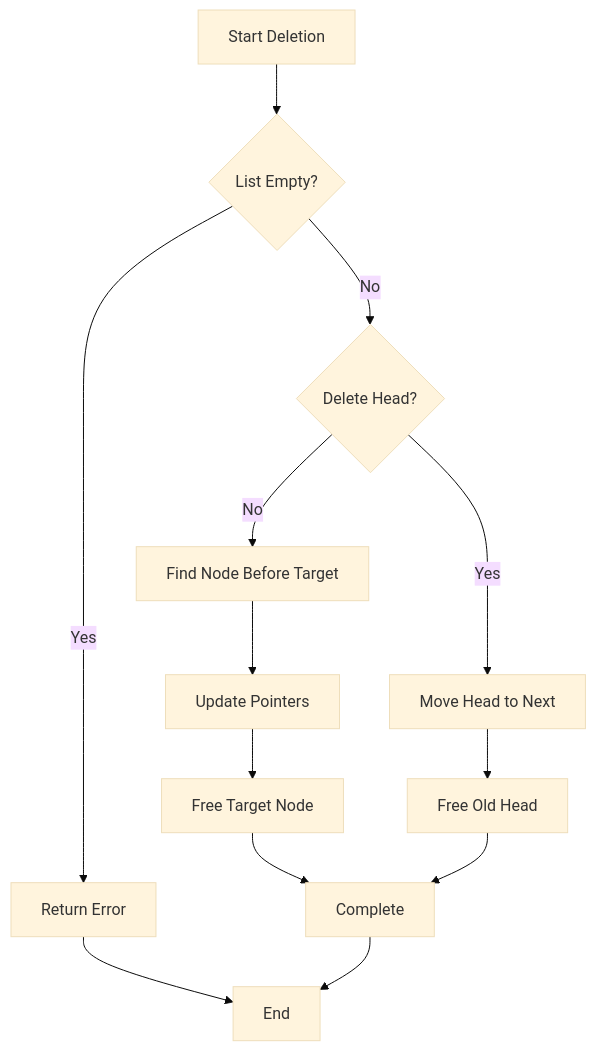
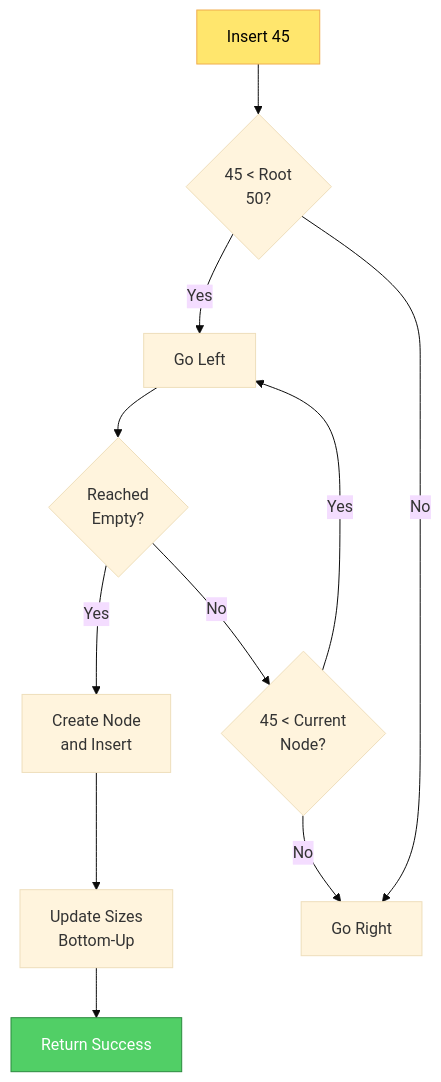
The seventh of 12 diagrams in Linked List /FINAL_PAPER/README.md (MuhammadZafran33/Data-Structures-lab-Solutions), drawn with Mermaid (base theme) before and after one commit. The commit also changed other lines of this file, not shown here.

````diff
--- a/Linked List /FINAL_PAPER/README.md
+++ b/Linked List /FINAL_PAPER/README.md
@@ -123,15 +201,16 @@
 ```mermaid
 graph TD
-    A[Start Deletion] --> B{List Empty?}
-    B -->|Yes| C[Return Error]
-    B -->|No| D{Delete Head?}
-    D -->|Yes| E[Move Head to Next]
-    E --> F[Free Old Head]
-    D -->|No| G[Find Node Before Target]
-    G --> H[Update Pointers]
-    H --> I[Free Target Node]
-    I --> J[Complete]
-    F --> J
-    C --> K[End]
-    J --> K
+    A["Insert 45"] --> B{"45 < Root<br/>50?"}
+    B -->|Yes| C["Go Left"]
+    B -->|No| D["Go Right"]
+    C --> E{"Reached<br/>Empty?"}
+    E -->|Yes| F["Create Node<br/>and Insert"]
+    E -->|No| G{"45 < Current<br/>Node?"}
+    G -->|Yes| C
+    G -->|No| D
+    F --> H["Update Sizes<br/>Bottom-Up"]
+    H --> I["Return Success"]
+    
+    style A fill:#ffe66d,stroke:#f0ad4e,color:#000
+    style I fill:#51cf66,stroke:#2b8a3e,color:#fff
 ```
````
